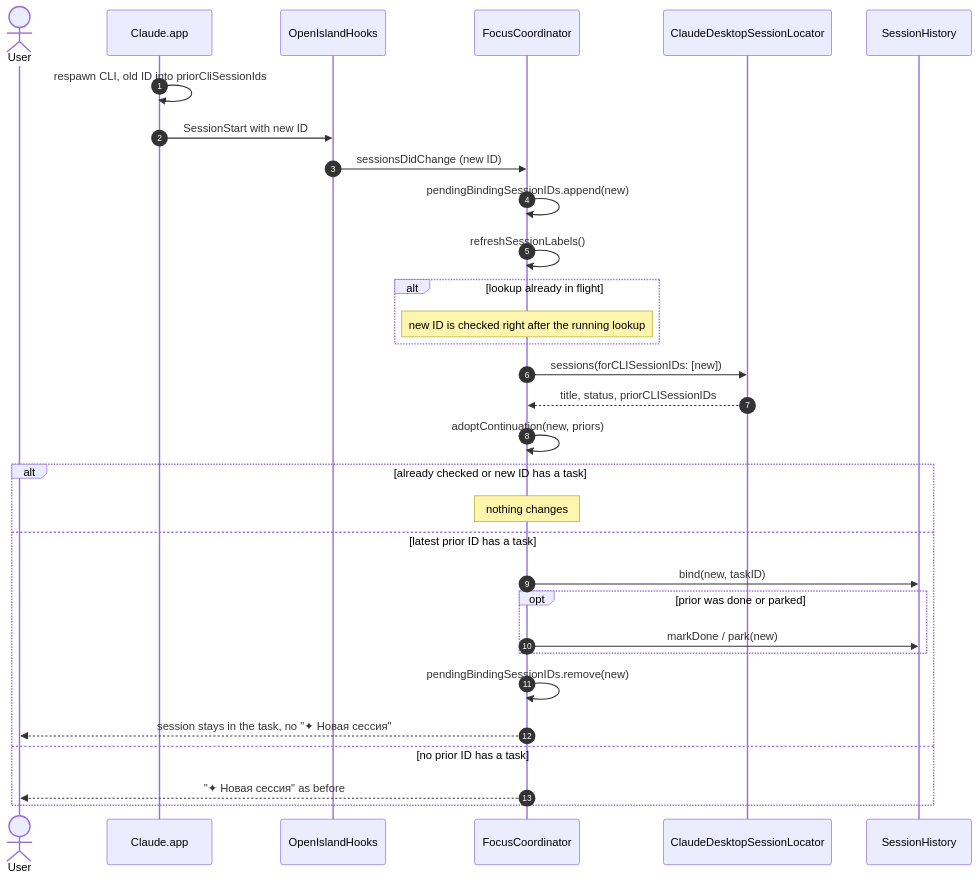
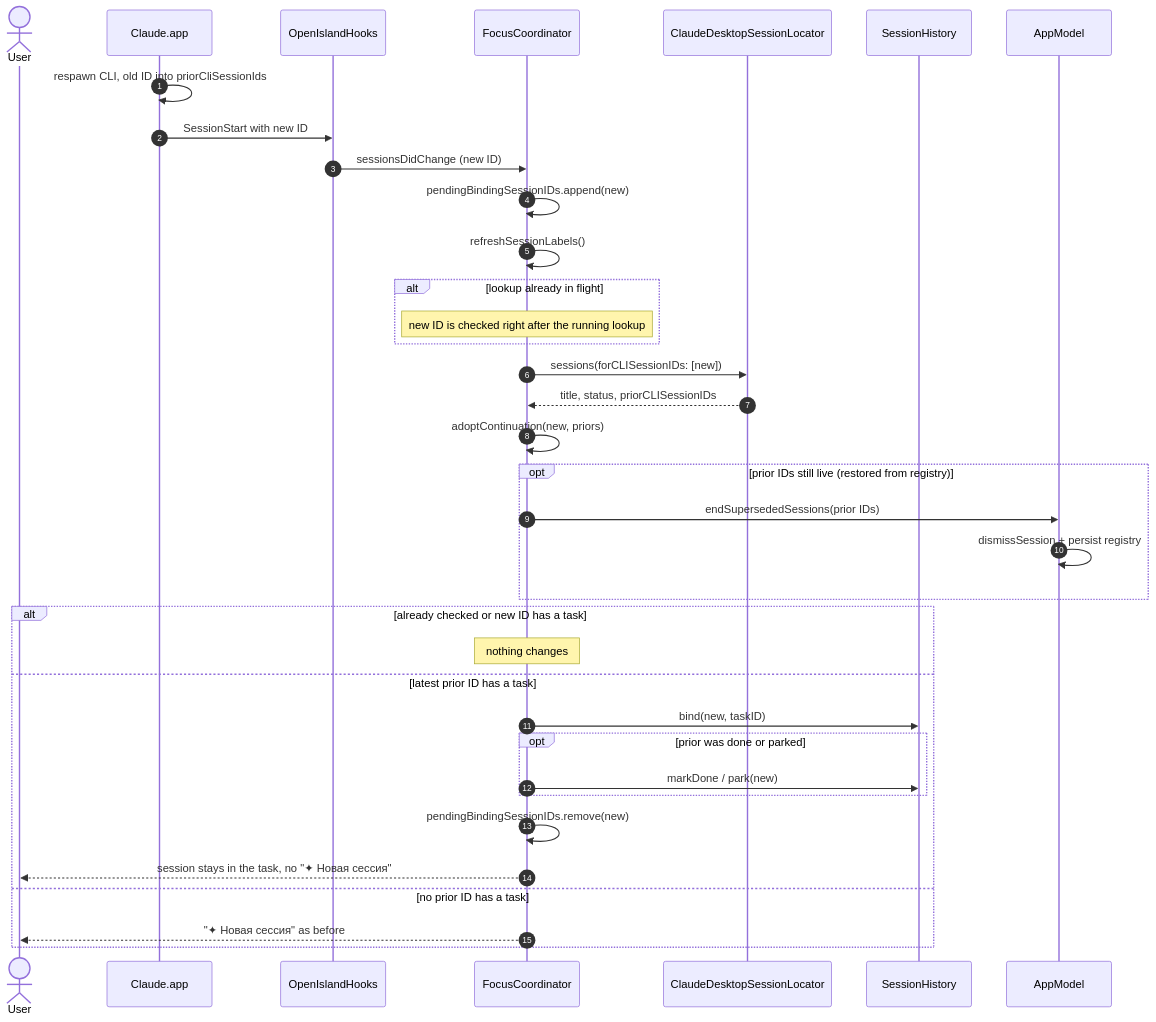
The diagram in docs/diagrams/focus-island-session-continuation-2026-10-13.md (dias-zhanabayev/focus-island), drawn with Mermaid before and after one commit. The commit also changed other lines of this file and 22 other files, not shown here.

````diff
--- a/docs/diagrams/focus-island-session-continuation-2026-10-13.md
+++ b/docs/diagrams/focus-island-session-continuation-2026-10-13.md
@@ -5,34 +5,39 @@
 ```mermaid
 sequenceDiagram
     autonumber
     actor User
     participant ClaudeApp as Claude.app
     participant Hook as OpenIslandHooks
     participant Coord as FocusCoordinator
     participant Locator as ClaudeDesktopSessionLocator
     participant History as SessionHistory
+    participant App as AppModel
 
     ClaudeApp->>ClaudeApp: respawn CLI, old ID into priorCliSessionIds
     ClaudeApp->>Hook: SessionStart with new ID
     Hook->>Coord: sessionsDidChange (new ID)
     Coord->>Coord: pendingBindingSessionIDs.append(new)
     Coord->>Coord: refreshSessionLabels()
     alt lookup already in flight
         Note over Coord: new ID is checked right after the running lookup
     end
     Coord->>Locator: sessions(forCLISessionIDs: [new])
     Locator-->>Coord: title, status, priorCLISessionIDs
     Coord->>Coord: adoptContinuation(new, priors)
+    opt prior IDs still live (restored from registry)
+        Coord->>App: endSupersededSessions(prior IDs)
+        App->>App: dismissSession + persist registry
+    end
     alt already checked or new ID has a task
         Note over Coord: nothing changes
     else latest prior ID has a task
         Coord->>History: bind(new, taskID)
         opt prior was done or parked
             Coord->>History: markDone / park(new)
         end
         Coord->>Coord: pendingBindingSessionIDs.remove(new)
         Coord-->>User: session stays in the task, no "✦ Новая сессия"
     else no prior ID has a task
         Coord-->>User: "✦ Новая сессия" as before
     end
 ```
````
